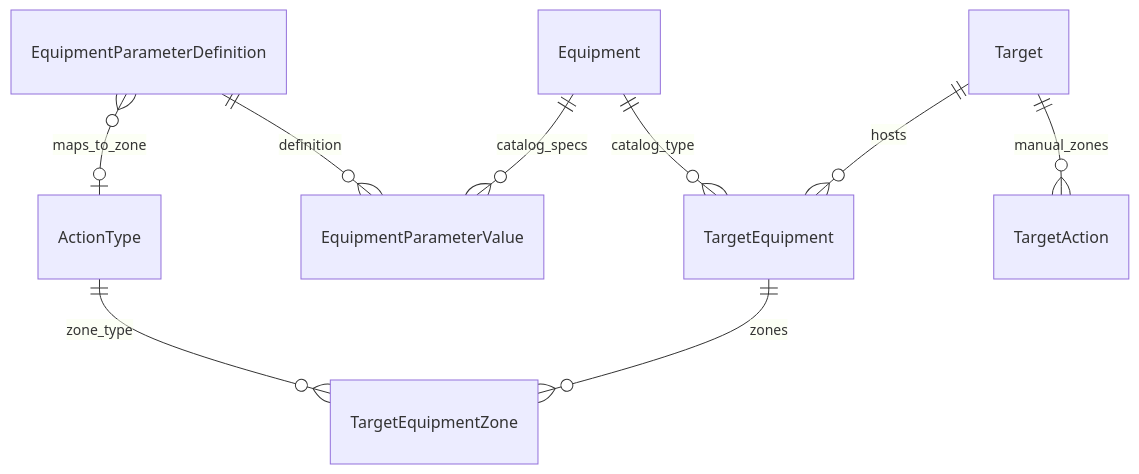
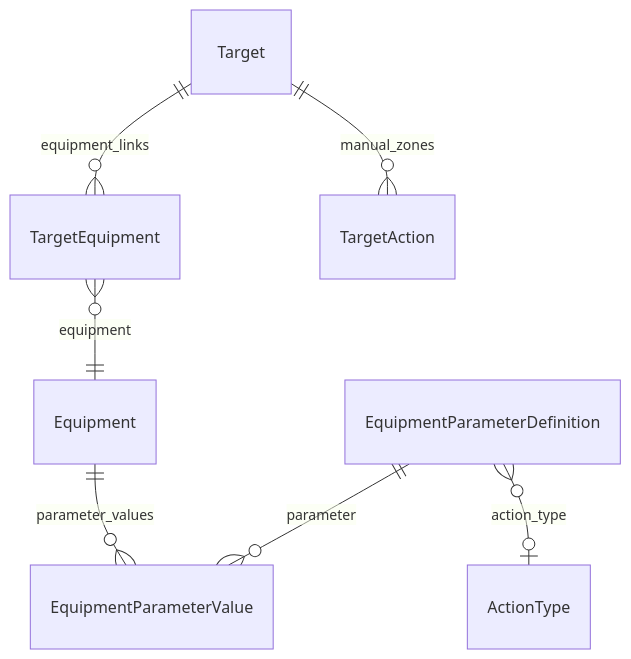
One commit to ArturStar3/Lake_grok changed the diagram in weaponlist_plan.md. Above: the diagram before and after it, drawn with Mermaid. The commit also changed other lines of this file and 51 other files, not shown here.

````diff
--- a/weaponlist_plan.md
+++ b/weaponlist_plan.md
@@ -31,11 +34,9 @@
 ```mermaid
 erDiagram
-    Target ||--o{ TargetEquipment : hosts
-    TargetEquipment ||--o{ TargetEquipmentZone : zones
-    Equipment ||--o{ TargetEquipment : catalog_type
-    Equipment ||--o{ EquipmentParameterValue : catalog_specs
-    EquipmentParameterDefinition ||--o{ EquipmentParameterValue : definition
-    EquipmentParameterDefinition }o--o| ActionType : maps_to_zone
-    ActionType ||--o{ TargetEquipmentZone : zone_type
+    Target ||--o{ TargetEquipment : equipment_links
+    TargetEquipment }o--|| Equipment : equipment
+    Equipment ||--o{ EquipmentParameterValue : parameter_values
+    EquipmentParameterDefinition ||--o{ EquipmentParameterValue : parameter
+    EquipmentParameterDefinition }o--o| ActionType : action_type
     Target ||--o{ TargetAction : manual_zones
 ```
````
